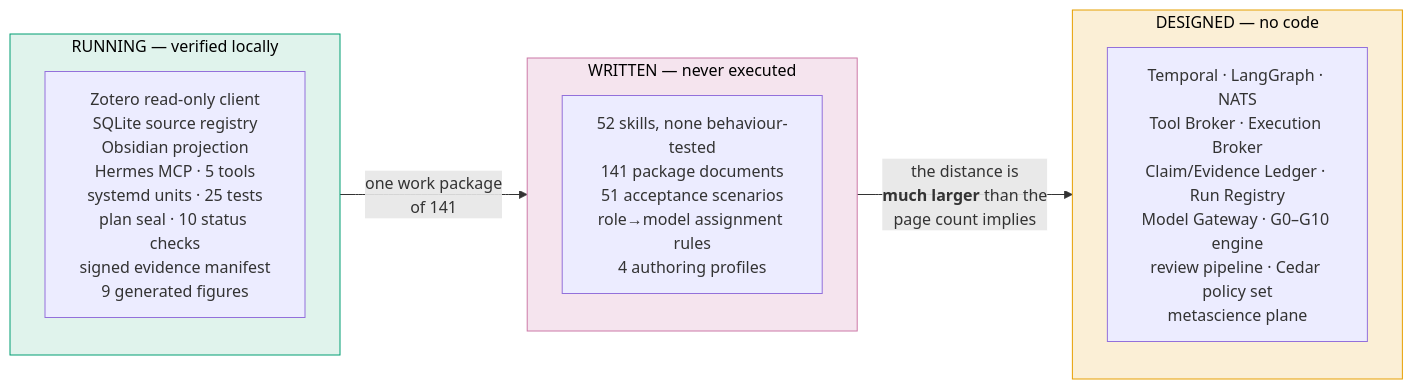
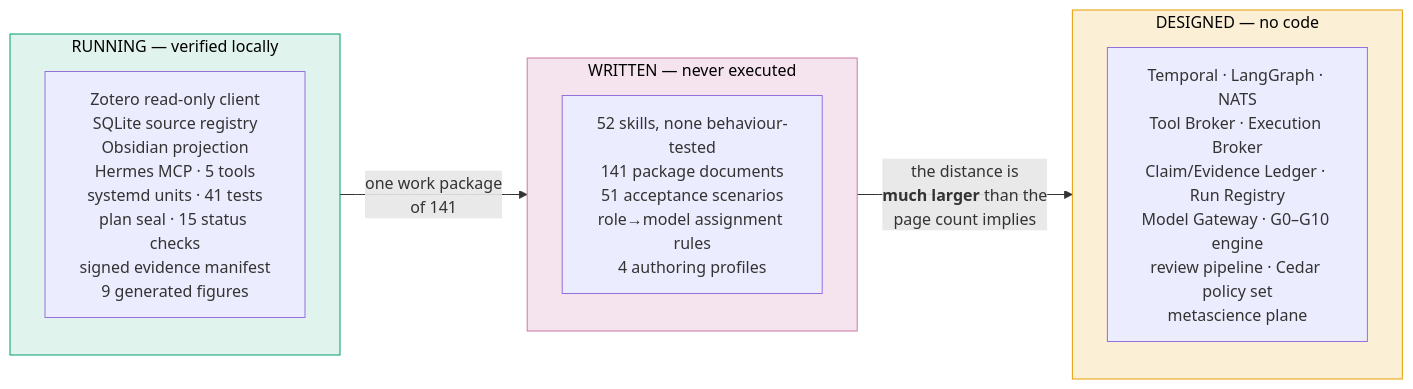
Before and after one commit to furkanhanilci/AETHRION: diagram 21 of 22 in docs/architecture/AETHRION_ARCHITECTURE.md, drawn with Mermaid. The commit also changed 1050 other files, not shown here.

````diff
--- a/docs/architecture/AETHRION_ARCHITECTURE.md
+++ b/docs/architecture/AETHRION_ARCHITECTURE.md
@@ -795,17 +795,17 @@
 ```mermaid
 flowchart LR
     subgraph WORKING["RUNNING — verified locally"]
-        W["Zotero read-only client<br/>SQLite source registry<br/>Obsidian projection<br/>Hermes MCP · 5 tools<br/>systemd units · 25 tests<br/>plan seal · 10 status checks<br/>signed evidence manifest<br/>9 generated figures"]
+        W["Zotero read-only client<br/>SQLite source registry<br/>Obsidian projection<br/>Hermes MCP · 5 tools<br/>systemd units · 41 tests<br/>plan seal · 15 status checks<br/>signed evidence manifest<br/>9 generated figures"]
     end
     subgraph WRITTEN["WRITTEN — never executed"]
         S["52 skills, none behaviour-tested<br/>141 package documents<br/>51 acceptance scenarios<br/>role→model assignment rules<br/>4 authoring profiles"]
     end
     subgraph DESIGNED["DESIGNED — no code"]
         D["Temporal · LangGraph · NATS<br/>Tool Broker · Execution Broker<br/>Claim/Evidence Ledger · Run Registry<br/>Model Gateway · G0–G10 engine<br/>review pipeline · Cedar policy set<br/>metascience plane"]
     end
     WORKING -->|"one work package<br/>of 141"| WRITTEN
     WRITTEN -->|"the distance is<br/><b>much larger</b> than the<br/>page count implies"| DESIGNED
     style WORKING fill:#E0F3EC,stroke:#009E73,color:#000
     style WRITTEN fill:#F5E4EE,stroke:#CC79A7,color:#000
     style DESIGNED fill:#FBEFD6,stroke:#E69F00,color:#000
 ```
````
